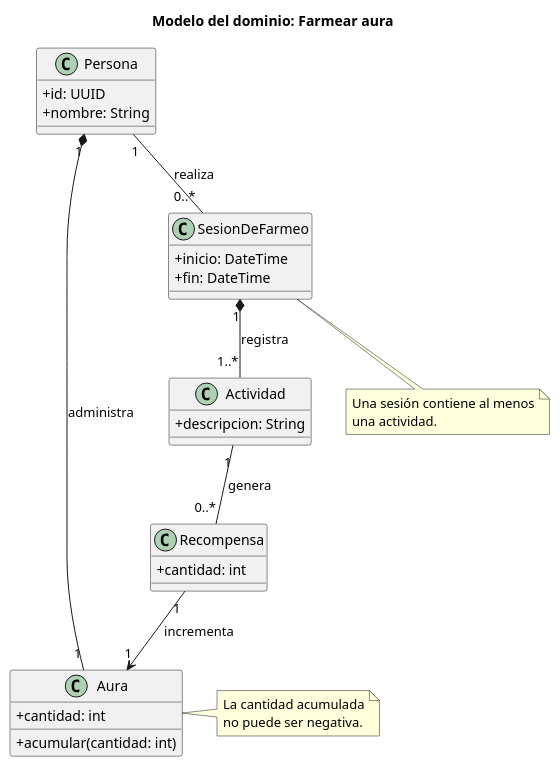
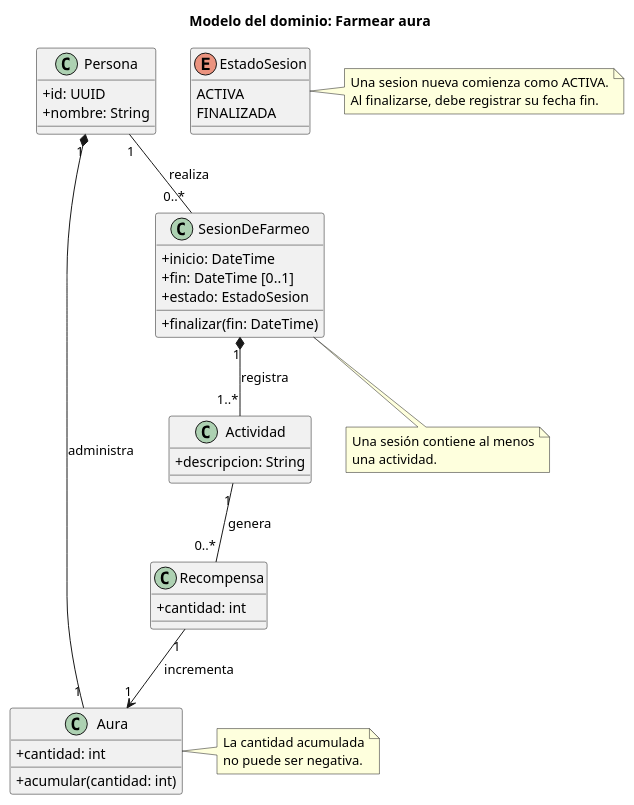
The diagram in entregas/calderonJimena/diagramas/aura.puml (Jime-Cal/26-27-idsw1), drawn with PlantUML before and after one commit. The commit also changed 1 other file, not shown here.

```diff
--- a/entregas/calderonJimena/diagramas/aura.puml
+++ b/entregas/calderonJimena/diagramas/aura.puml
@@ -1,46 +1,58 @@
 @startuml
 title Modelo del dominio: Farmear aura
 
 skinparam classAttributeIconSize 0
 
 class Persona {
   +id: UUID
   +nombre: String
 }
 
 class Aura {
   +cantidad: int
   +acumular(cantidad: int)
 }
 
 class SesionDeFarmeo {
   +inicio: DateTime
-  +fin: DateTime
+  +fin: DateTime [0..1]
+  +estado: EstadoSesion
+  +finalizar(fin: DateTime)
+}
+
+enum EstadoSesion {
+  ACTIVA
+  FINALIZADA
 }
 
 class Actividad {
   +descripcion: String
 }
 
 class Recompensa {
   +cantidad: int
 }
 
 Persona "1" *-- "1" Aura : administra
 Persona "1" -- "0..*" SesionDeFarmeo : realiza
 
 SesionDeFarmeo "1" *-- "1..*" Actividad : registra
 Actividad "1" -- "0..*" Recompensa : genera
 Recompensa "1" --> "1" Aura : incrementa
 
 note right of Aura
   La cantidad acumulada
   no puede ser negativa.
 end note
 
 note bottom of SesionDeFarmeo
   Una sesión contiene al menos
   una actividad.
 end note
 
+note right of EstadoSesion
+  Una sesion nueva comienza como ACTIVA.
+  Al finalizarse, debe registrar su fecha fin.
+end note
+
 @enduml
```
